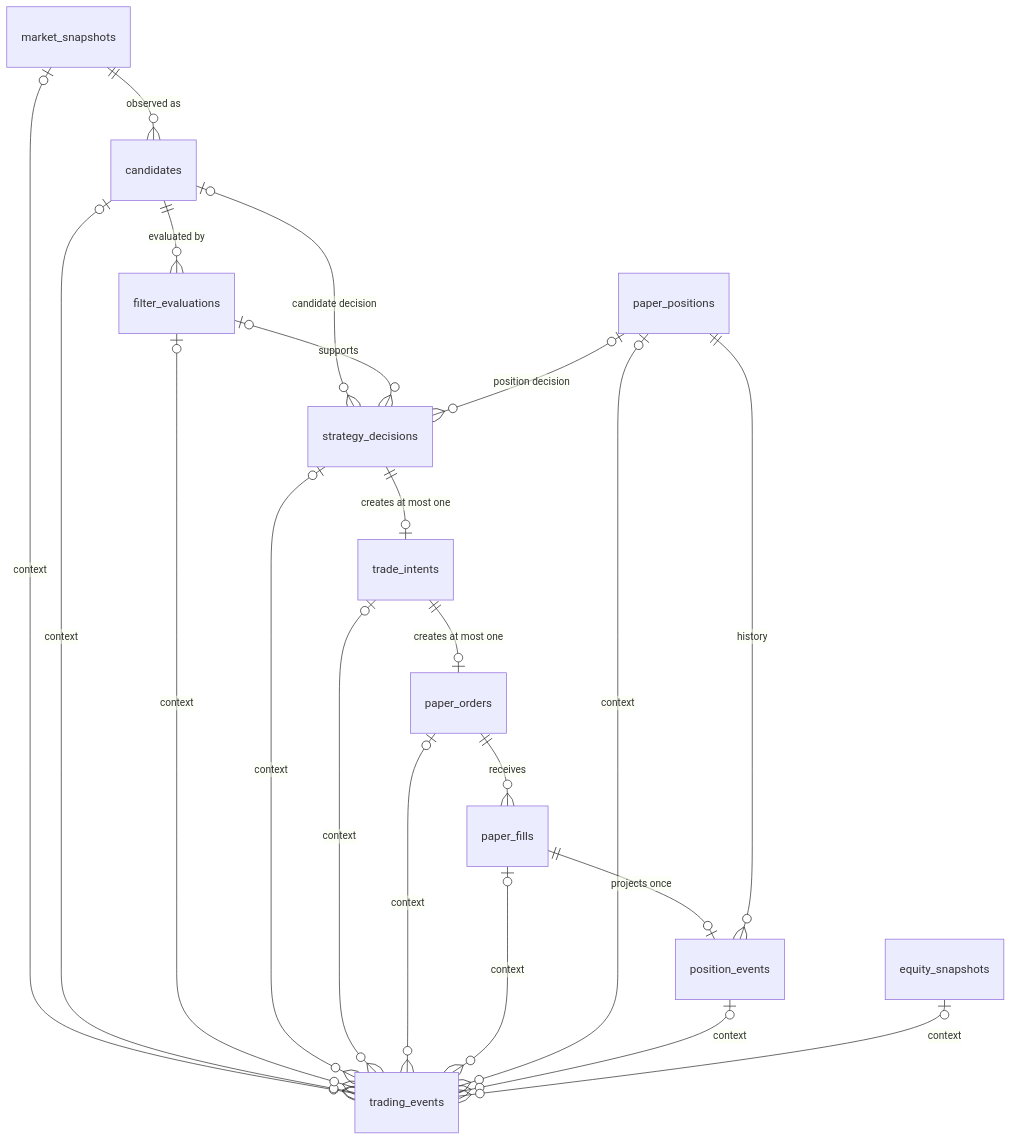
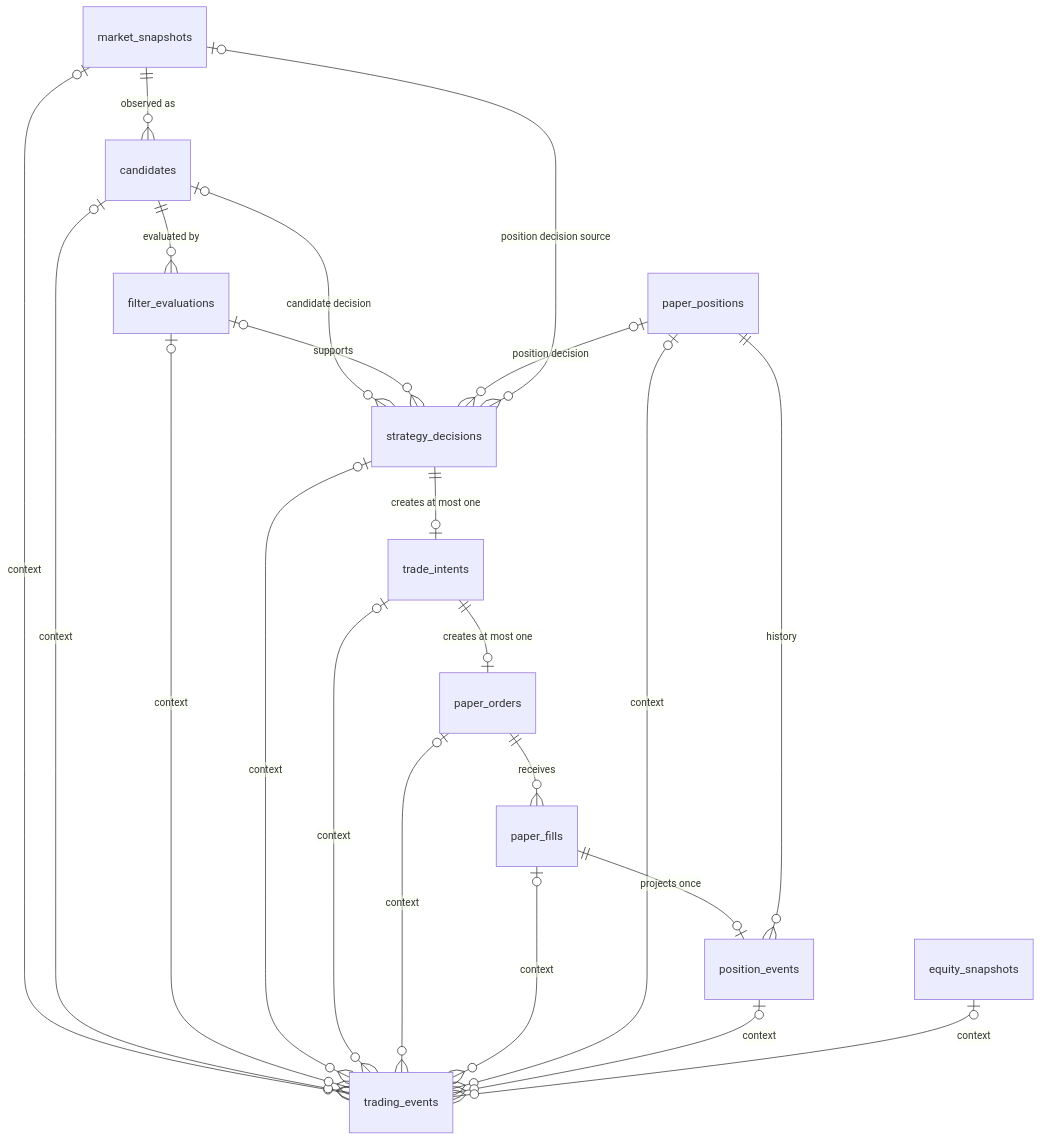
One commit to geunil748-dev/auto_trading_v2 changed the diagram in docs/database-schema.md. Above: the diagram before and after it, drawn with Mermaid. The commit also changed other lines of this file and 32 other files, not shown here.

Commit message:
Add canonical position decision snapshot source

````diff
--- a/docs/database-schema.md
+++ b/docs/database-schema.md
@@ -25,23 +25,24 @@
 ```mermaid
 erDiagram
     market_snapshots ||--o{ candidates : "observed as"
     candidates ||--o{ filter_evaluations : "evaluated by"
     candidates o|--o{ strategy_decisions : "candidate decision"
     filter_evaluations o|--o{ strategy_decisions : "supports"
     paper_positions o|--o{ strategy_decisions : "position decision"
+    market_snapshots o|--o{ strategy_decisions : "position decision source"
     strategy_decisions ||--o| trade_intents : "creates at most one"
     trade_intents ||--o| paper_orders : "creates at most one"
     paper_orders ||--o{ paper_fills : "receives"
     paper_fills ||--o| position_events : "projects once"
     paper_positions ||--o{ position_events : "history"
     market_snapshots o|--o{ trading_events : "context"
     candidates o|--o{ trading_events : "context"
     filter_evaluations o|--o{ trading_events : "context"
     strategy_decisions o|--o{ trading_events : "context"
     trade_intents o|--o{ trading_events : "context"
     paper_orders o|--o{ trading_events : "context"
     paper_fills o|--o{ trading_events : "context"
     paper_positions o|--o{ trading_events : "context"
     position_events o|--o{ trading_events : "context"
     equity_snapshots o|--o{ trading_events : "context"
 ```
````
